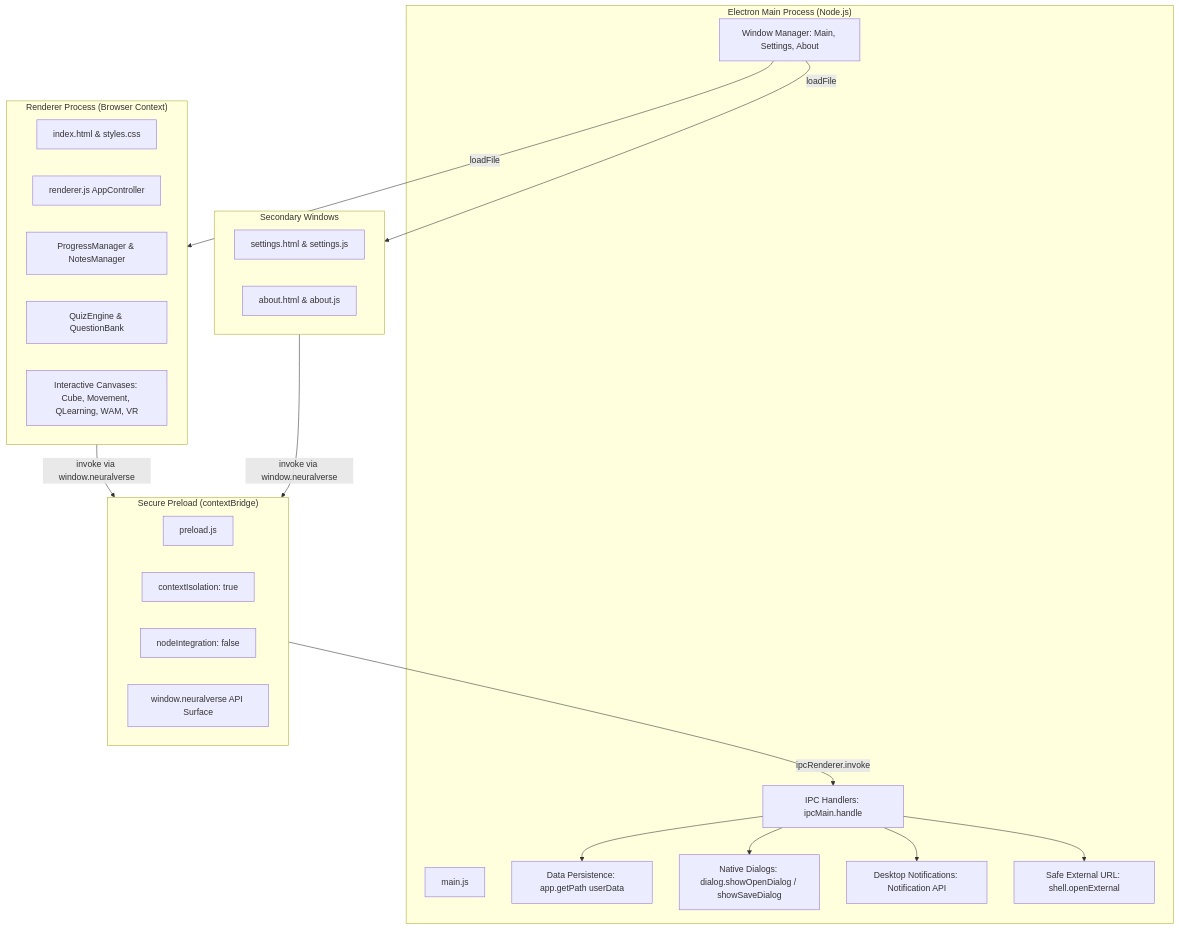
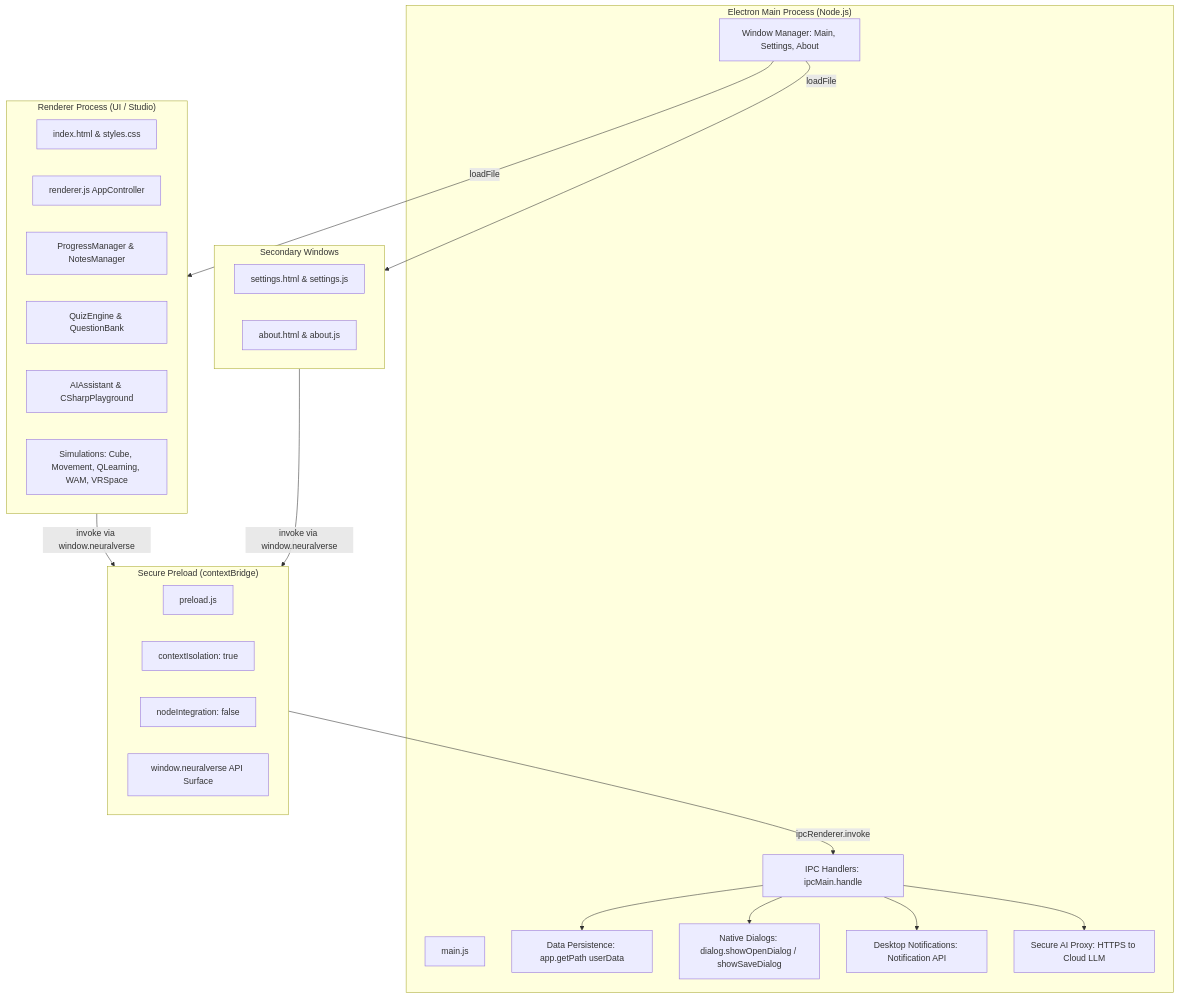
Before and after one commit to pandeysunny016-dot/NovaLearn-XR: the diagram in README.md, drawn with Mermaid. The commit also changed other lines of this file and 6 other files, not shown here.

````diff
--- a/README.md
+++ b/README.md
@@ -53,42 +69,43 @@
 ```mermaid
 flowchart TD
     subgraph MainProcess ["Electron Main Process (Node.js)"]
         M1[main.js]
         M2[Window Manager: Main, Settings, About]
         M3[IPC Handlers: ipcMain.handle]
         M4[Data Persistence: app.getPath userData]
         M5[Native Dialogs: dialog.showOpenDialog / showSaveDialog]
         M6[Desktop Notifications: Notification API]
-        M7[Safe External URL: shell.openExternal]
+        M7[Secure AI Proxy: HTTPS to Cloud LLM]
     end
 
     subgraph PreloadBridge ["Secure Preload (contextBridge)"]
         P1[preload.js]
         P2[contextIsolation: true]
         P3[nodeIntegration: false]
         P4[window.neuralverse API Surface]
     end
 
-    subgraph RendererProcess ["Renderer Process (Browser Context)"]
+    subgraph RendererProcess ["Renderer Process (UI / Studio)"]
         R1[index.html & styles.css]
         R2[renderer.js AppController]
         R3[ProgressManager & NotesManager]
         R4[QuizEngine & QuestionBank]
-        R5[Interactive Canvases: Cube, Movement, QLearning, WAM, VR]
+        R5[AIAssistant & CSharpPlayground]
+        R6[Simulations: Cube, Movement, QLearning, WAM, VRSpace]
     end
 
     subgraph SecondaryWindows ["Secondary Windows"]
         S1[settings.html & settings.js]
         S2[about.html & about.js]
     end
 
     RendererProcess -->|invoke via window.neuralverse| PreloadBridge
     SecondaryWindows -->|invoke via window.neuralverse| PreloadBridge
     PreloadBridge -->|ipcRenderer.invoke| M3
     M3 --> M4
     M3 --> M5
     M3 --> M6
     M3 --> M7
     M2 -->|loadFile| RendererProcess
     M2 -->|loadFile| SecondaryWindows
 ```
````
